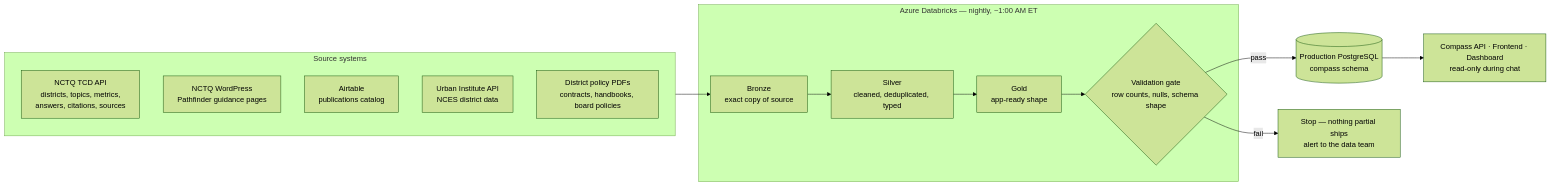
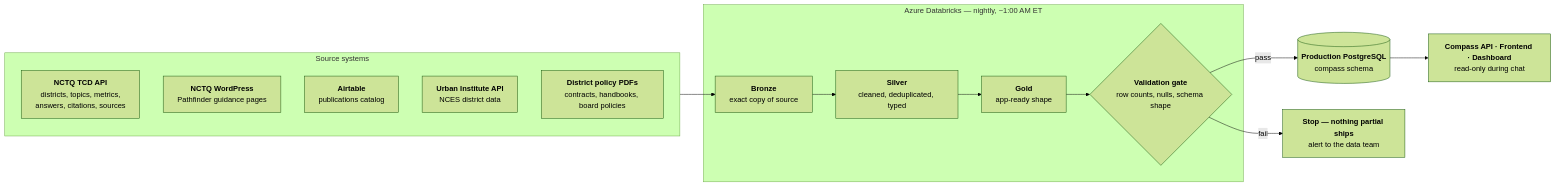
Before and after one commit to Starling-Strategy/compass: the diagram in docs/03-data-and-databricks.md, drawn with Mermaid (forest theme).

Commit message:
docs: same markdown-string treatment for the §3 data-pipeline diagram
Its labels used \n escapes, which GitHub's Mermaid also mangles. Bold
source/layer names + literal newlines, matching §2.

````diff
--- a/docs/03-data-and-databricks.md
+++ b/docs/03-data-and-databricks.md
@@ -43,21 +43,34 @@
 ```mermaid
 flowchart LR
-    subgraph SOURCES [Source systems]
-        TCD[NCTQ TCD API\ndistricts, topics, metrics,\nanswers, citations, sources]
-        WP[NCTQ WordPress\nPathfinder guidance pages]
-        AT[Airtable\npublications catalog]
-        UI[Urban Institute API\nNCES district data]
-        PDF[District policy PDFs\ncontracts, handbooks, board policies]
+    subgraph SOURCES ["Source systems"]
+        TCD["`**NCTQ TCD API**
+districts, topics, metrics,
+answers, citations, sources`"]
+        WP["`**NCTQ WordPress**
+Pathfinder guidance pages`"]
+        AT["`**Airtable**
+publications catalog`"]
+        UI["`**Urban Institute API**
+NCES district data`"]
+        PDF["`**District policy PDFs**
+contracts, handbooks, board policies`"]
     end
 
-    subgraph DBX [Azure Databricks — nightly, ~1:00 AM ET]
-        B[Bronze\nexact copy of source] --> S[Silver\ncleaned, deduplicated, typed]
-        S --> G[Gold\napp-ready shape]
-        G --> VAL{Validation gate\nrow counts, nulls, schema shape}
+    subgraph DBX ["Azure Databricks — nightly, ~1:00 AM ET"]
+        B["`**Bronze**
+exact copy of source`"] --> S["`**Silver**
+cleaned, deduplicated, typed`"]
+        S --> G["`**Gold**
+app-ready shape`"]
+        G --> VAL{"`**Validation gate**
+row counts, nulls, schema shape`"}
     end
 
     SOURCES --> B
-    VAL -->|pass| PG[(Production PostgreSQL\ncompass schema)]
-    VAL -->|fail| STOP[Stop — nothing partial ships\nalert to the data team]
-    PG --> APPS[Compass API · Frontend · Dashboard\nread-only during chat]
+    VAL -->|"pass"| PG[("`**Production PostgreSQL**
+compass schema`")]
+    VAL -->|"fail"| STOP["`**Stop — nothing partial ships**
+alert to the data team`"]
+    PG --> APPS["`**Compass API · Frontend · Dashboard**
+read-only during chat`"]
 ```
````
